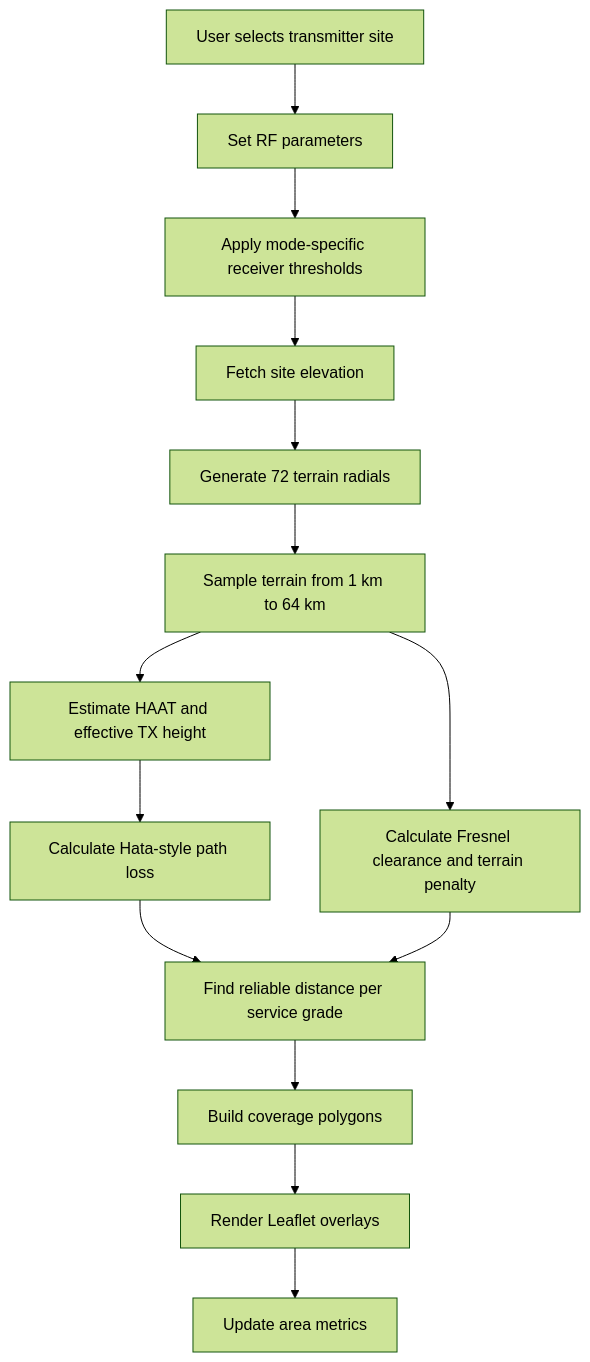
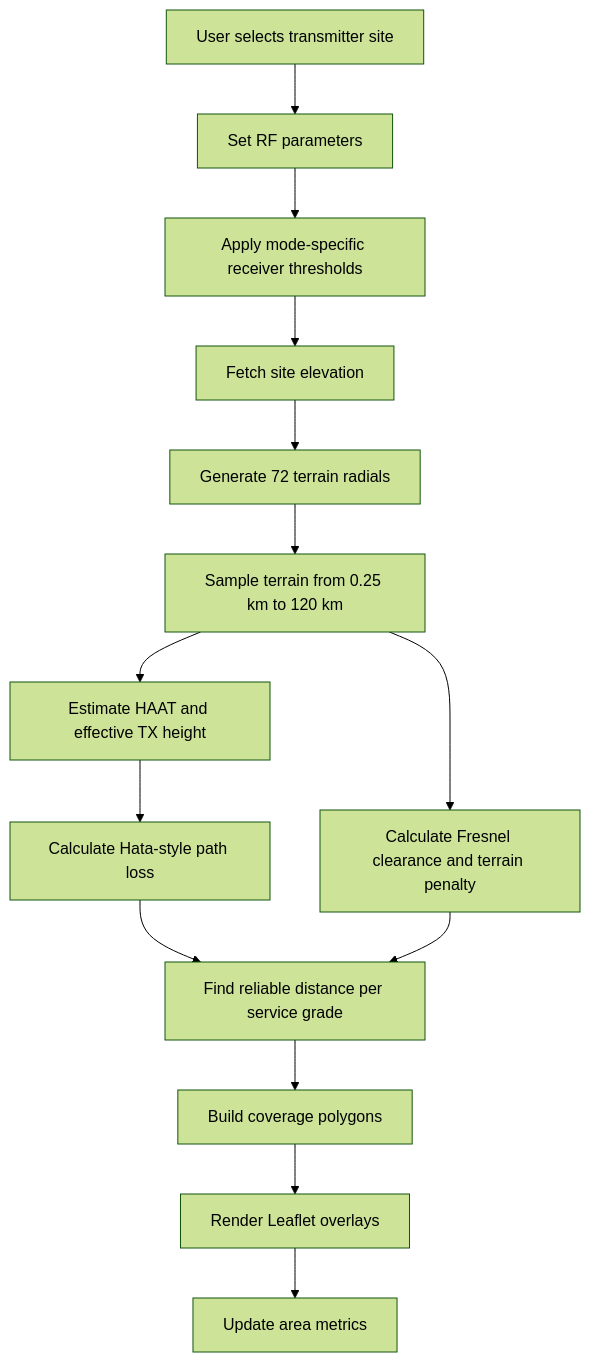
One commit to 9M2PJU/9M2PJU-Amateur-Radio-Signals-Coverage-Map changed the diagram in README.md. Above: the diagram before and after it, drawn with Mermaid (forest theme). The commit also changed other lines of this file and 4 other files, not shown here.

````diff
--- a/README.md
+++ b/README.md
@@ -116,16 +117,16 @@
 ```mermaid
 graph TD
     User["User selects transmitter site"] --> Params["Set RF parameters"]
     Params --> Mode["Apply mode-specific receiver thresholds"]
     Mode --> Elevation["Fetch site elevation"]
     Elevation --> Radials["Generate 72 terrain radials"]
-    Radials --> Samples["Sample terrain from 1 km to 64 km"]
+    Radials --> Samples["Sample terrain from 0.25 km to 120 km"]
     Samples --> HAAT["Estimate HAAT and effective TX height"]
     HAAT --> PathLoss["Calculate Hata-style path loss"]
     Samples --> TerrainPenalty["Calculate Fresnel clearance and terrain penalty"]
     PathLoss --> Radius["Find reliable distance per service grade"]
     TerrainPenalty --> Radius
     Radius --> Polygons["Build coverage polygons"]
     Polygons --> Map["Render Leaflet overlays"]
     Map --> Metrics["Update area metrics"]
 ```
````
